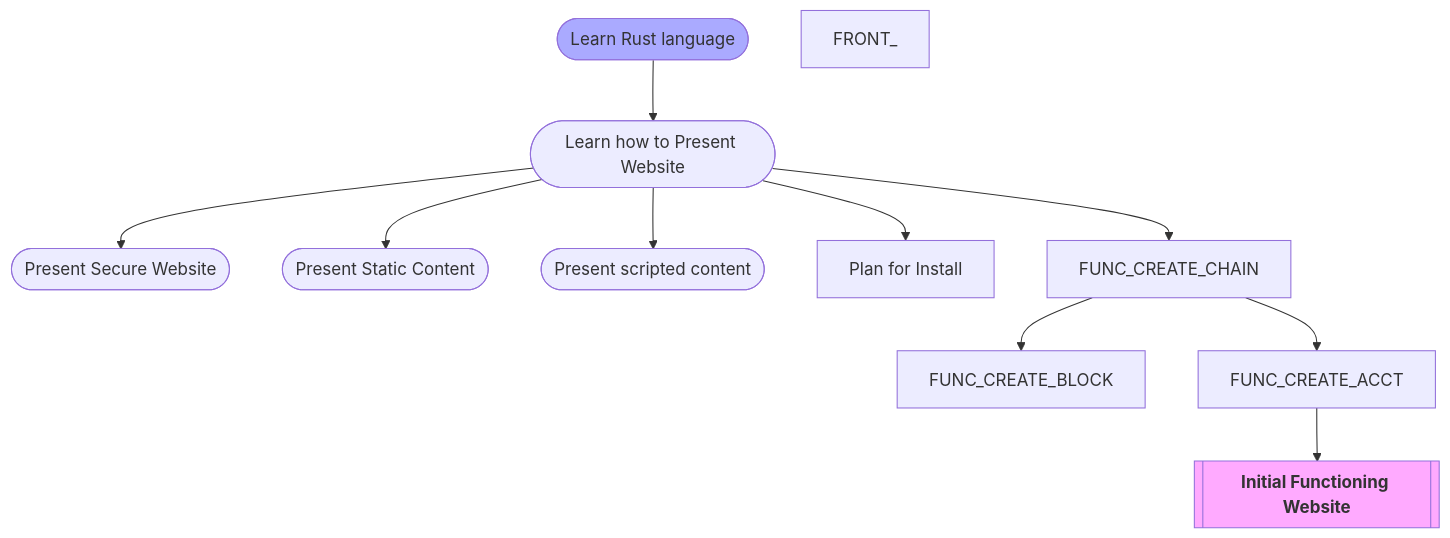
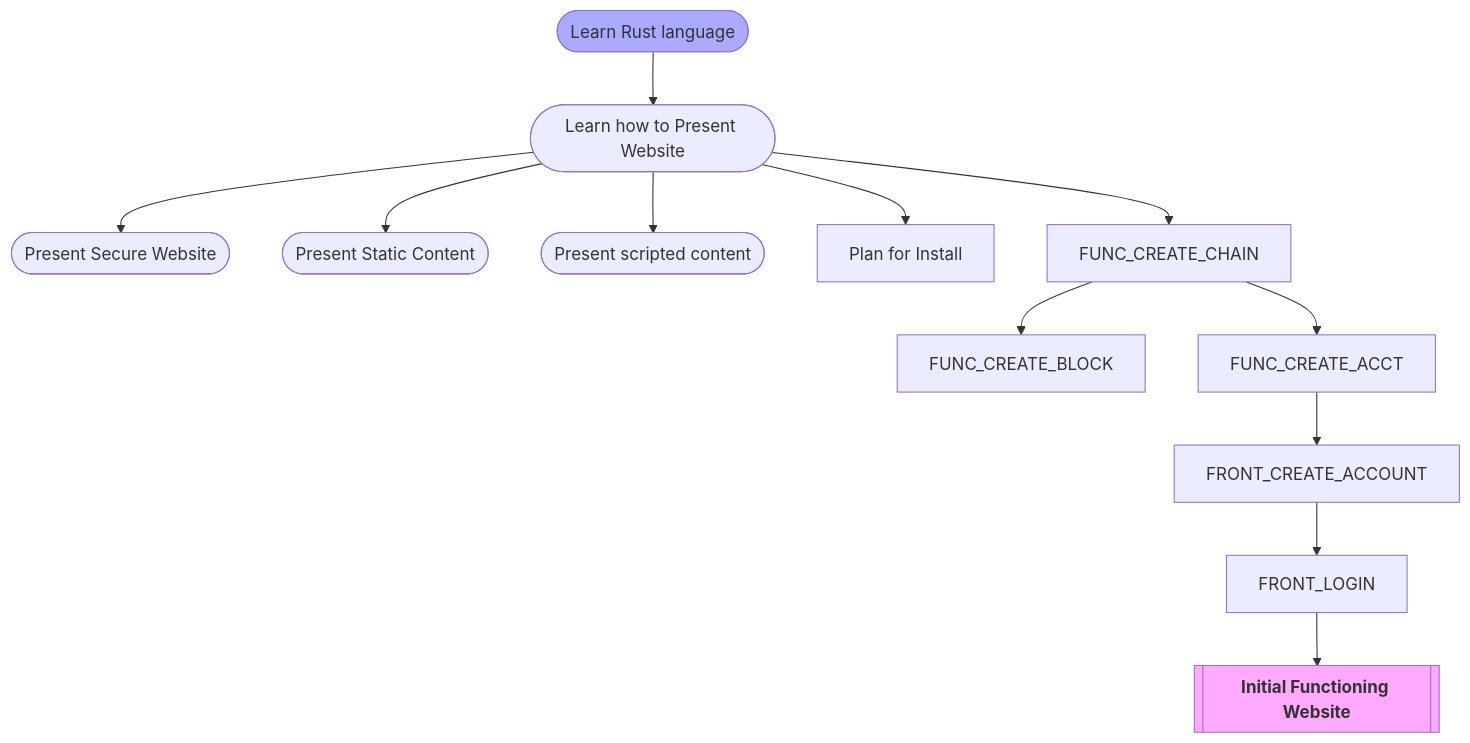
Before and after one commit to clintwebb/backend: the first of 2 diagrams in ProjectPlan.md, drawn with Mermaid.

Commit message:
Project Plan

````diff
--- a/ProjectPlan.md
+++ b/ProjectPlan.md
@@ -3,64 +3,68 @@
 ```mermaid
 flowchart TD;
     %% LEARN  - Initial learning of some functionality
     %% PLAN   - Design, or list the expected requirements.
     %% FUNC   - Functionality
     %% API    - Specific API functionality that will be required to perform the functionality.
     %% FRONT  - Functionality at the front-end (the browser) to perform some some functionality.
 
     %% To mark an item as completed (afa=green, faf=purple, aaf=blue)
     %% style EXAMPLE fill:#afa
 
     %% To provide a link
     %% A[<a href='https://google.com'>works</a>]
     %%--------------
 
     %% Completed (#afa)
     %% style EXAMPLE fill:#afa
 
     %% Active (#aaf)
     style LEARN_RUST fill:#aaf
 
     %%--------------
 
 
     %% Have not developed anything yet with Rust, so this is an opportunity to learn it.
     LEARN_RUST([Learn Rust language])
     
     %% After learning the general Rust language, need to learn how to use it to present a website
     LEARN_RUST_WEB([Learn how to Present Website])
     LEARN_RUST --> LEARN_RUST_WEB
     
     %% When presenting a website, need to be able to secure it.  Would be good to be able to do that directly in our app, rather than relying on a proxy in-front
     LEARN_RUST_WEB_CERTS([Present Secure Website])
     LEARN_RUST_WEB --> LEARN_RUST_WEB_CERTS
     
     %% Want to be able to present static content.   Originally from direct file content (often deployed).  Eventually would want to also be able to present static content from a Block.
     LEARN_RUST_WEB_STATIC([Present Static Content])
     LEARN_RUST_WEB --> LEARN_RUST_WEB_STATIC
     
     %% There may be cases where we want to run something dynamically on the endpoint.
     LEARN_RUST_WEB_DYNAMIC([Present scripted content])
     LEARN_RUST_WEB --> LEARN_RUST_WEB_DYNAMIC
     
     %% When people are using the backend, need to plan how we are expecting it to be first setup.
     PLAN_BACKEND_INSTALL[Plan for Install]
     LEARN_RUST_WEB --> PLAN_BACKEND_INSTALL
 
 
     %% The backend will be able to gather information for the front-end, but wont actually know the content of it.   Each chain can have read-only access potentially, but a seperate key will be needed to modify (add to) the chain.
     FUNC_CREATE_CHAIN
     LEARN_RUST_WEB --> FUNC_CREATE_CHAIN
 
     FUNC_CREATE_BLOCK
     FUNC_CREATE_CHAIN --> FUNC_CREATE_BLOCK
 
     %% When a user is creating an account for the service, need to then setup some chains and blocks.
-    FUNC_CREATE_ACCT --> TARGET
+    FUNC_CREATE_ACCT
     FUNC_CREATE_CHAIN --> FUNC_CREATE_ACCT
 
-    FRONT_
+    FRONT_CREATE_ACCOUNT
+    FUNC_CREATE_ACCT --> FRONT_CREATE_ACCOUNT
+
+    FRONT_LOGIN  --> TARGET
+    FRONT_CREATE_ACCOUNT --> FRONT_LOGIN
 
     TARGET[["`**Initial Functioning Website**`"]]
     style TARGET fill:#faf
 ```
````
